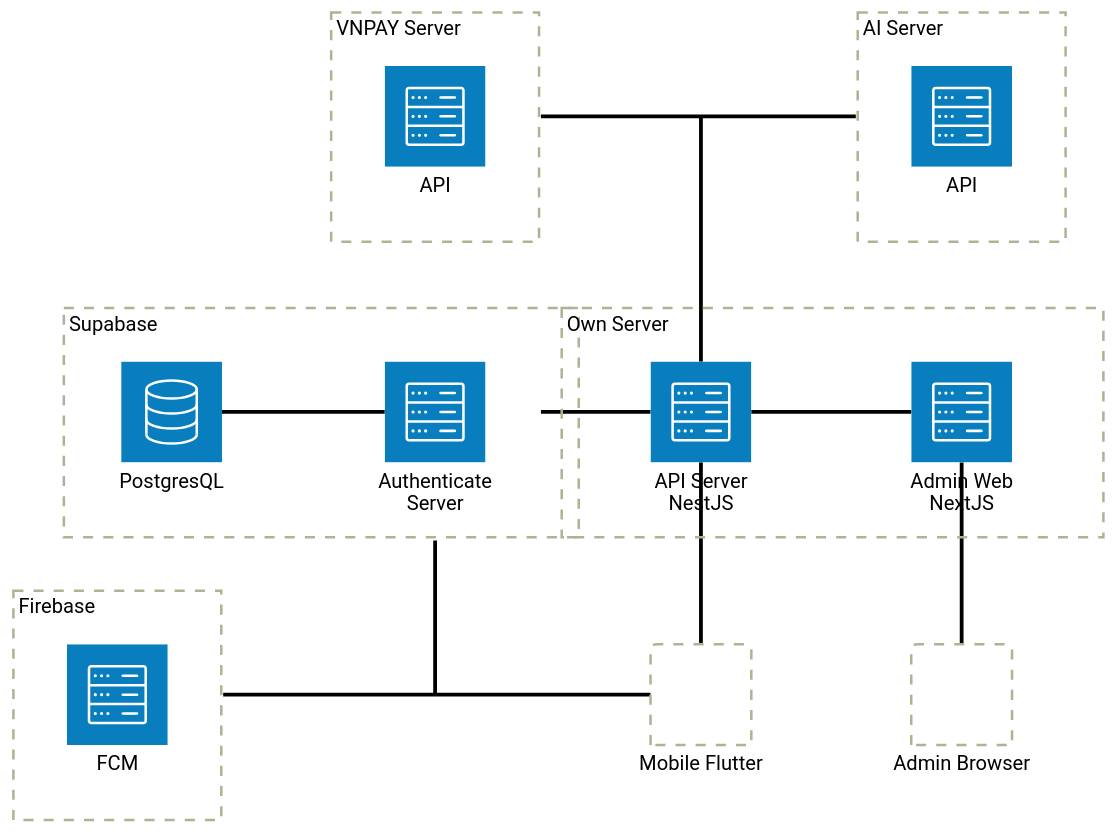
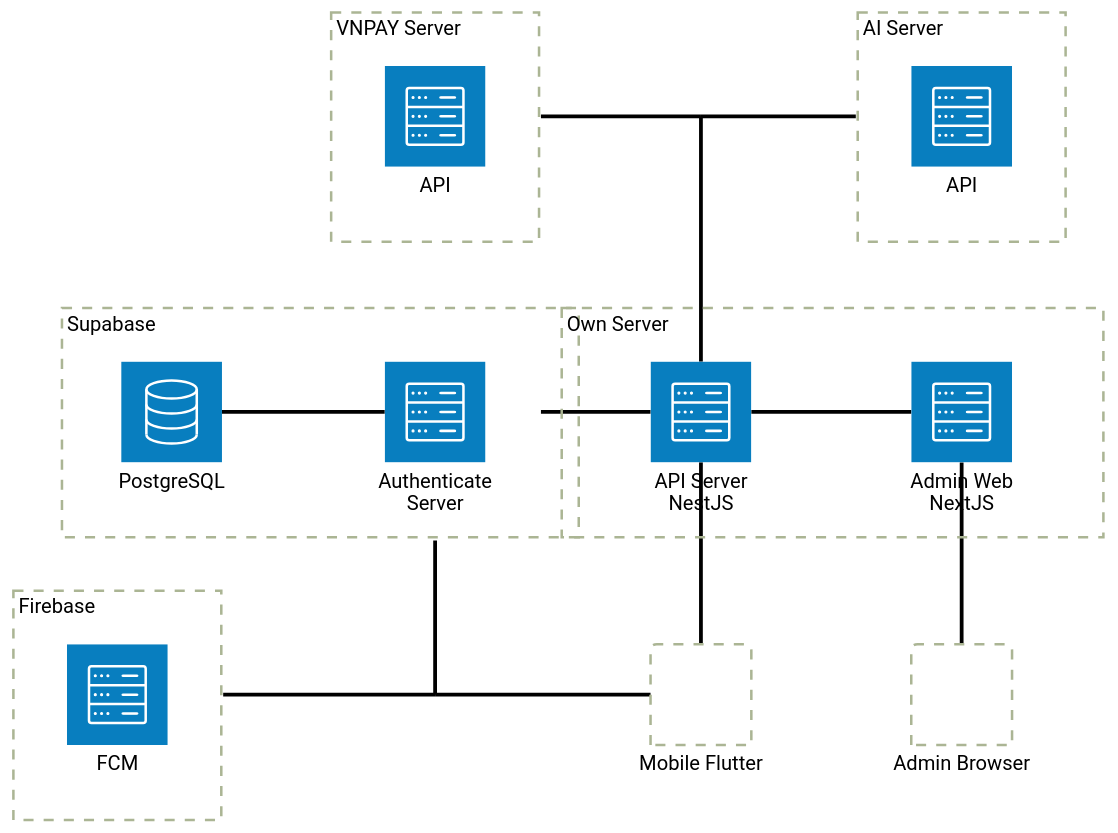
One commit to coinhub-uit/coinhub-uit.github.io changed the diagram in docs/diagrams/overall.md. Above: the diagram before and after it, drawn with Mermaid (forest theme).

Commit message:
fix(db): type PostgreSQL

````diff
--- a/docs/diagrams/overall.md
+++ b/docs/diagrams/overall.md
@@ -7,43 +7,43 @@
 ```mermaid
 architecture-beta
   group supabase[Supabase]
   service authentication_server(server)[Authenticate Server] in supabase
-  service database(database)[PostgresQL] in supabase
+  service database(database)[PostgreSQL] in supabase
 
   group own_server[Own Server]
   service api_server(server)[API Server NestJS] in own_server
   service admin_web_server(server)[Admin Web NextJS] in own_server
 
   group firebase[Firebase]
   service fcm(server)[FCM] in firebase
 
   group ai_server[AI Server]
   service api_ai(server)[API] in ai_server
 
   group vnpay_server[VNPAY Server]
   service vnpay_api(server)[API] in vnpay_server
 
   junction junction_bot_left
 
   junction api_server_and_ai_vnpay
 
   service mobile[Mobile Flutter]
   service admin[Admin Browser]
 
   api_server:L -- R:authentication_server{group}
   authentication_server:L -- R:database
 
   admin_web_server:L -- R:api_server
 
   fcm{group}:R -- L:junction_bot_left
 
   api_server:T -- B:api_server_and_ai_vnpay
   api_ai{group}:L -- R:api_server_and_ai_vnpay
   vnpay_api{group}:R -- L:api_server_and_ai_vnpay
 
   admin:T -- B:admin_web_server
 
   mobile:T -- B:api_server
   mobile:L -- R:junction_bot_left
   junction_bot_left:T -- B:authentication_server{group}
 ```
````
